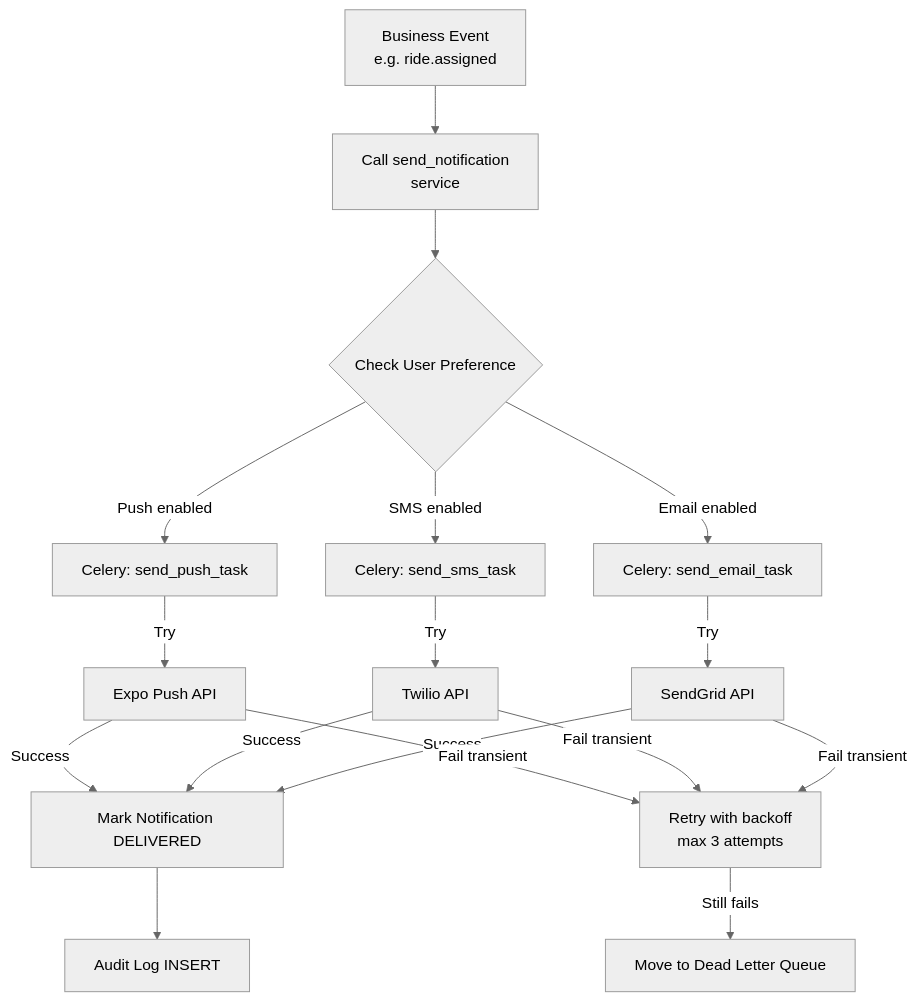
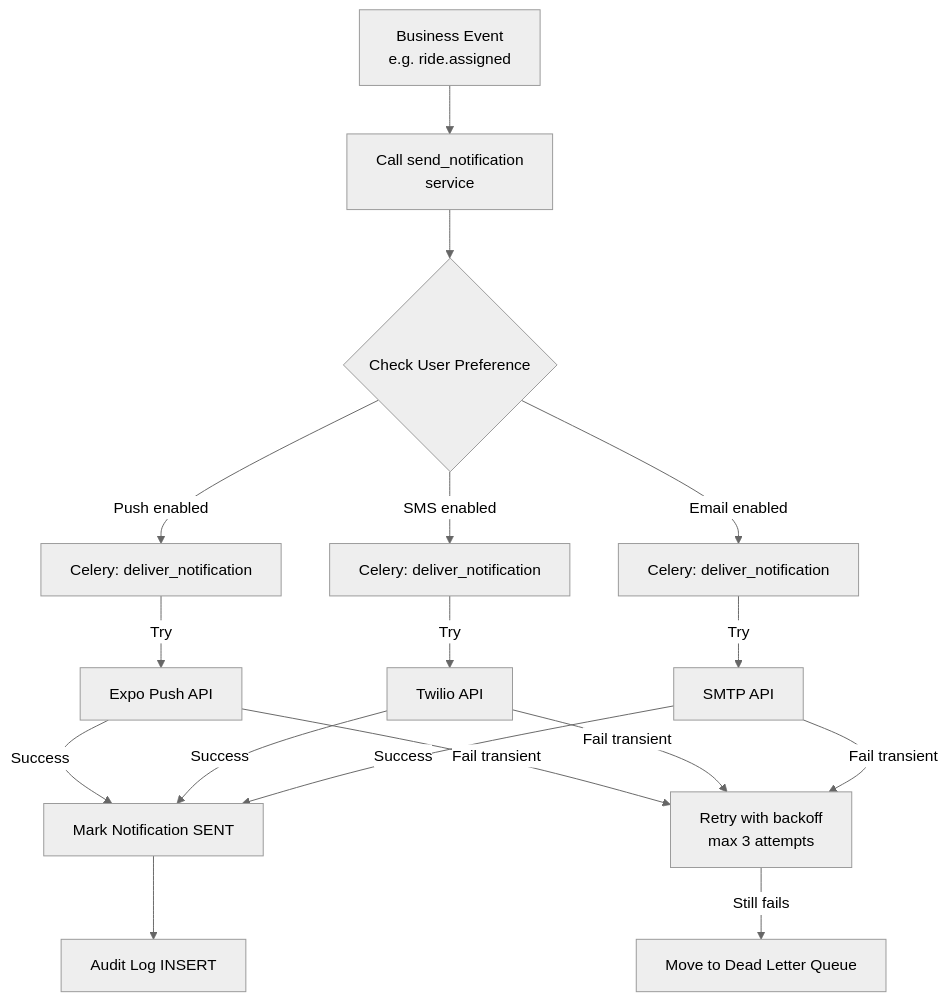
Before and after one commit to sanjaikumarask/uber--clone: the diagram in docs/5.Notifications/5.Workflows/Notification_Flow.md, drawn with Mermaid (neutral theme). The commit also changed 116 other files, not shown here.

````diff
--- a/docs/5.Notifications/5.Workflows/Notification_Flow.md
+++ b/docs/5.Notifications/5.Workflows/Notification_Flow.md
@@ -42,15 +42,15 @@
 ```mermaid
 flowchart TD
 A[Business Event <br/> e.g. ride.assigned] --> B[Call send_notification <br/> service]
 B --> C{Check User Preference}
-C -->|Push enabled|D[Celery: send_push_task]
-C -->|SMS enabled|E[Celery: send_sms_task]
-C -->|Email enabled|F[Celery: send_email_task]
+C -->|Push enabled|D[Celery: deliver_notification]
+C -->|SMS enabled|E[Celery: deliver_notification]
+C -->|Email enabled|F[Celery: deliver_notification]
 D -->|Try|G[Expo Push API]
 E -->|Try|H[Twilio API]
-F -->|Try|I[SendGrid API]
-G & H & I -->|Success|J[Mark Notification DELIVERED]
+F -->|Try|I[SMTP API]
+G & H & I -->|Success|J[Mark Notification SENT]
 G & H & I -->|Fail transient|K[Retry with backoff <br/> max 3 attempts]
 K -->|Still fails|L[Move to Dead Letter Queue]
 J --> M[Audit Log INSERT]
 ```
````
